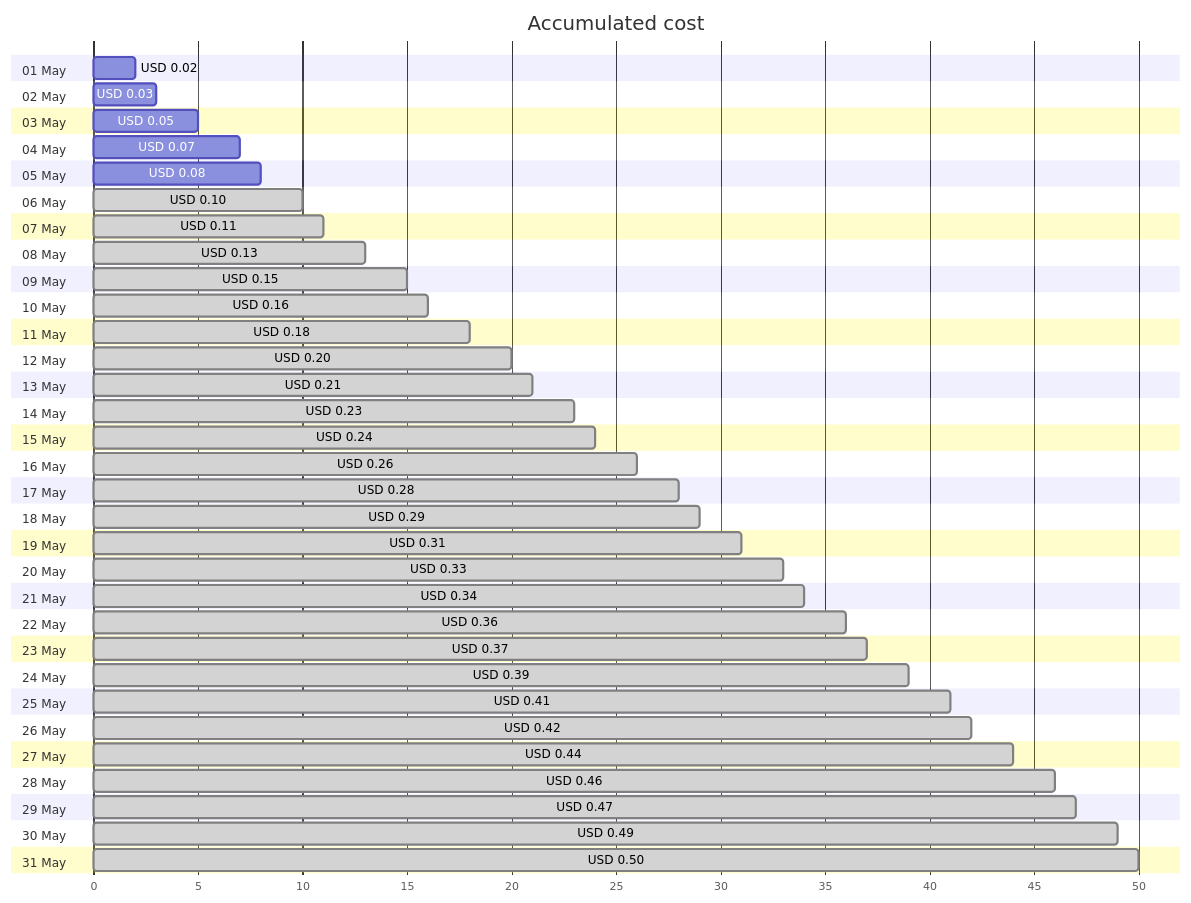
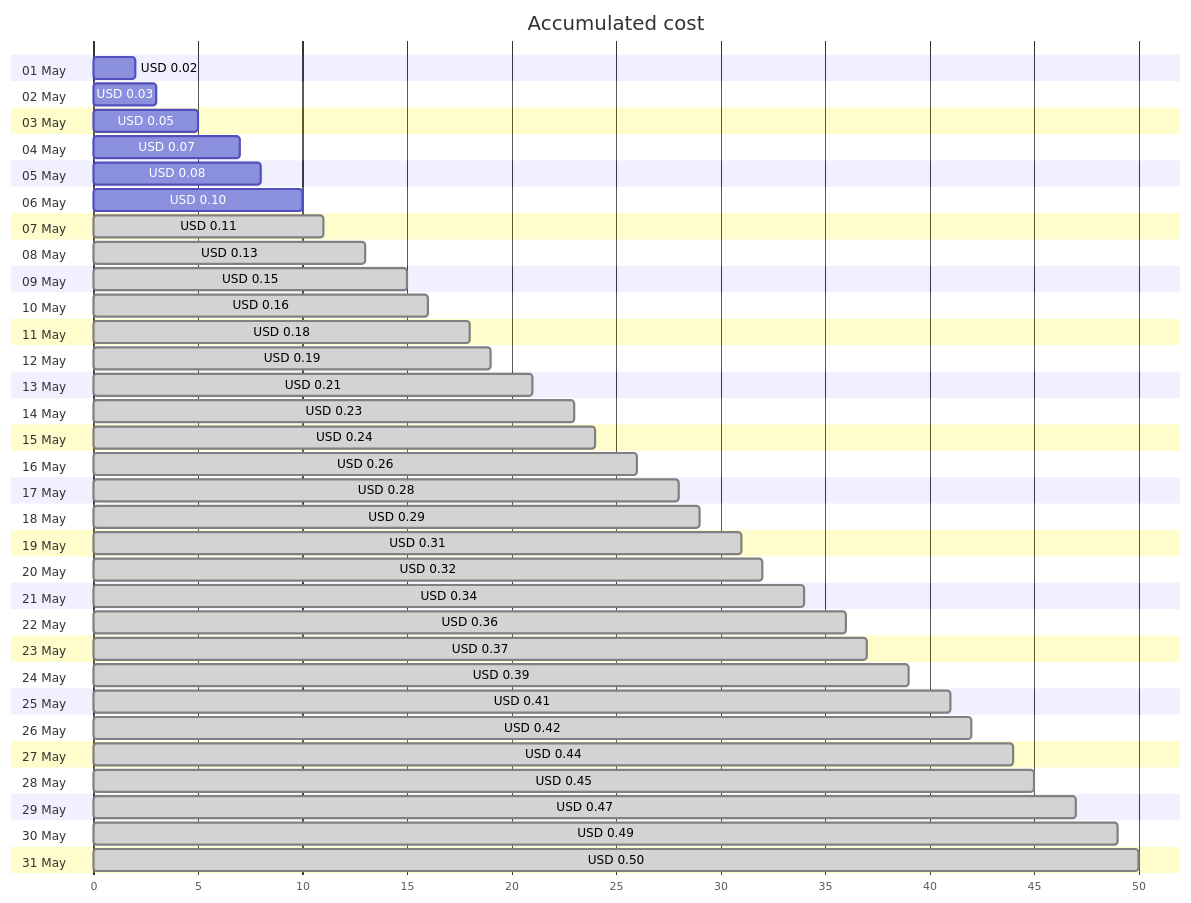
One commit to jpfulton/azure-personal-reports changed the first of 4 diagrams in cost-reports/personal-dns/jpatrickfulton.com.md. Above: the diagram before and after it, drawn with Mermaid. The commit also changed other lines of this file and 2 other files, not shown here.

````diff
--- a/cost-reports/personal-dns/jpatrickfulton.com.md
+++ b/cost-reports/personal-dns/jpatrickfulton.com.md
@@ -20,68 +20,68 @@
 ```mermaid
 gantt
    title Accumulated cost
    dateFormat  X
    axisFormat %s
    section 01 May
    USD 0.02 :0, 2
    section 02 May
    USD 0.03 :0, 3
    section 03 May
    USD 0.05 :0, 5
    section 04 May
    USD 0.07 :0, 7
    section 05 May
    USD 0.08 :0, 8
    section 06 May
-   USD 0.10 : done, 0, 10
+   USD 0.10 :0, 10
    section 07 May
    USD 0.11 : done, 0, 11
    section 08 May
    USD 0.13 : done, 0, 13
    section 09 May
    USD 0.15 : done, 0, 15
    section 10 May
    USD 0.16 : done, 0, 16
    section 11 May
    USD 0.18 : done, 0, 18
    section 12 May
-   USD 0.20 : done, 0, 20
+   USD 0.19 : done, 0, 19
    section 13 May
    USD 0.21 : done, 0, 21
    section 14 May
    USD 0.23 : done, 0, 23
    section 15 May
    USD 0.24 : done, 0, 24
    section 16 May
    USD 0.26 : done, 0, 26
    section 17 May
    USD 0.28 : done, 0, 28
    section 18 May
    USD 0.29 : done, 0, 29
    section 19 May
    USD 0.31 : done, 0, 31
    section 20 May
-   USD 0.33 : done, 0, 33
+   USD 0.32 : done, 0, 32
    section 21 May
    USD 0.34 : done, 0, 34
    section 22 May
    USD 0.36 : done, 0, 36
    section 23 May
    USD 0.37 : done, 0, 37
    section 24 May
    USD 0.39 : done, 0, 39
    section 25 May
    USD 0.41 : done, 0, 41
    section 26 May
    USD 0.42 : done, 0, 42
    section 27 May
    USD 0.44 : done, 0, 44
    section 28 May
-   USD 0.46 : done, 0, 46
+   USD 0.45 : done, 0, 45
    section 29 May
    USD 0.47 : done, 0, 47
    section 30 May
    USD 0.49 : done, 0, 49
    section 31 May
    USD 0.50 : done, 0, 50
 ```
````
